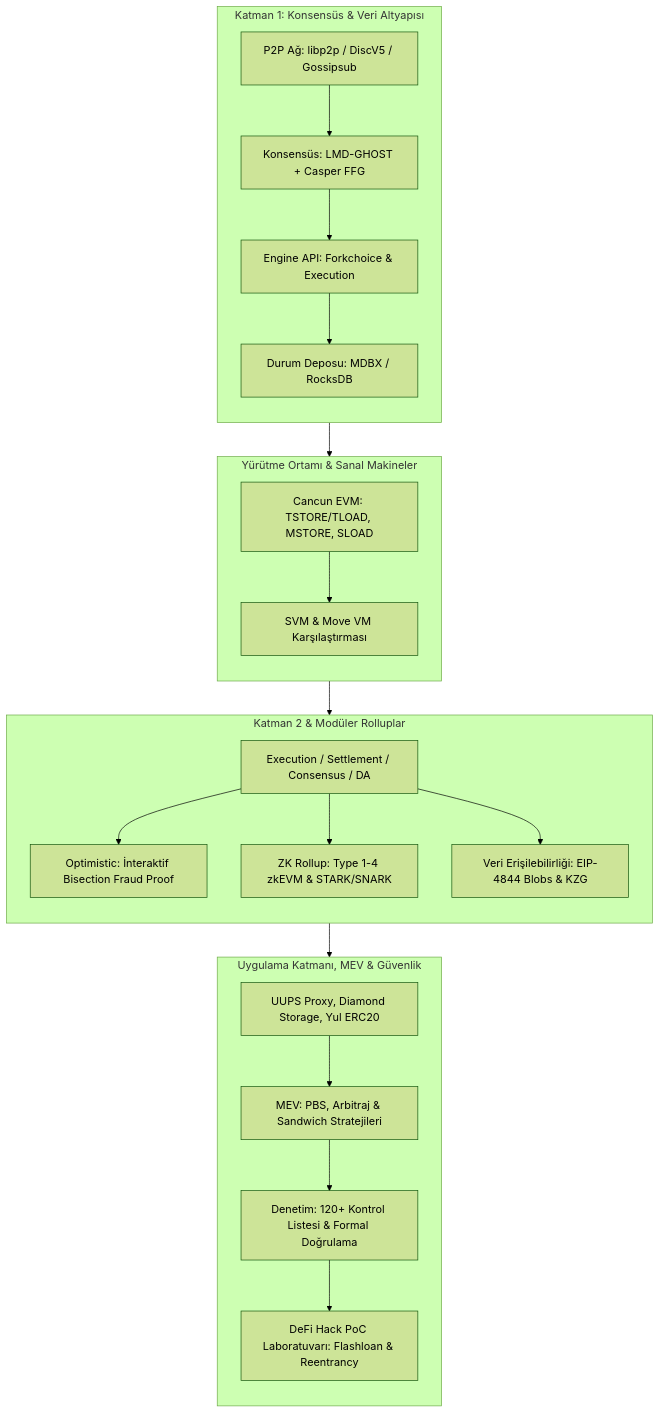
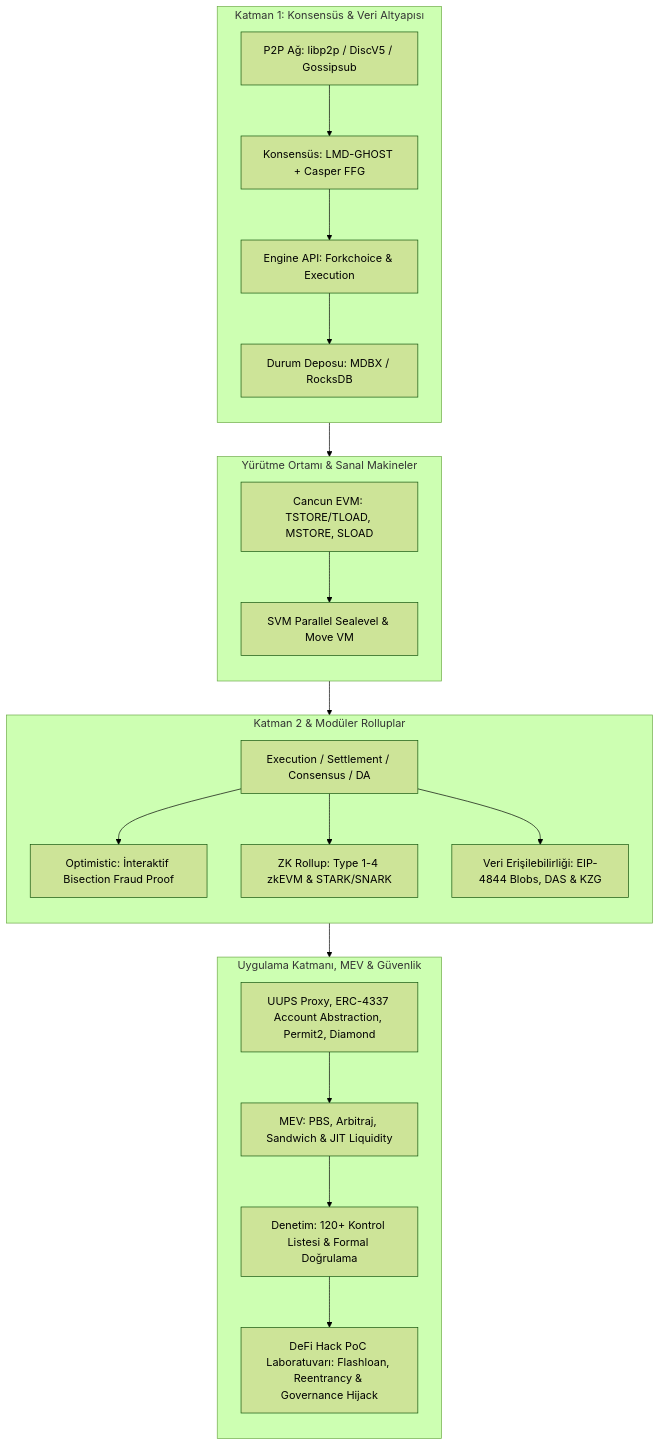
Before and after one commit to bahattinyunus/Ultimate-Blockchain-Protocol-Engineering-Compendium: the diagram in README.md, drawn with Mermaid (forest theme). The commit also changed other lines of this file and 10 other files, not shown here.

````diff
--- a/README.md
+++ b/README.md
@@ -16,31 +16,31 @@
 ```mermaid
 flowchart TB
     subgraph L1_Consensus [Katman 1: Konsensüs & Veri Altyapısı]
         direction TB
         P2P[P2P Ağ: libp2p / DiscV5 / Gossipsub] --> Gasper[Konsensüs: LMD-GHOST + Casper FFG]
         Gasper --> EngineAPI[Engine API: Forkchoice & Execution]
         EngineAPI --> StateStorage[Durum Deposu: MDBX / RocksDB]
     end
 
     subgraph EVM_Execution [Yürütme Ortamı & Sanal Makineler]
         direction TB
         StateStorage --> EVM[Cancun EVM: TSTORE/TLOAD, MSTORE, SLOAD]
-        EVM --> VM_Compare[SVM & Move VM Karşılaştırması]
+        EVM --> VM_Compare[SVM Parallel Sealevel & Move VM]
     end
 
     subgraph L2_Modular [Katman 2 & Modüler Rolluplar]
         direction TB
         EVM --> RollupArch[Execution / Settlement / Consensus / DA]
         RollupArch --> FraudProof[Optimistic: İnteraktif Bisection Fraud Proof]
         RollupArch --> ZKProof[ZK Rollup: Type 1-4 zkEVM & STARK/SNARK]
-        RollupArch --> EIP4844[Veri Erişilebilirliği: EIP-4844 Blobs & KZG]
+        RollupArch --> EIP4844[Veri Erişilebilirliği: EIP-4844 Blobs, DAS & KZG]
     end
 
     subgraph App_Security [Uygulama Katmanı, MEV & Güvenlik]
         direction TB
-        EIP4844 --> SmartContracts[UUPS Proxy, Diamond Storage, Yul ERC20]
-        SmartContracts --> MEV[MEV: PBS, Arbitraj & Sandwich Stratejileri]
+        EIP4844 --> SmartContracts[UUPS Proxy, ERC-4337 Account Abstraction, Permit2, Diamond]
+        SmartContracts --> MEV[MEV: PBS, Arbitraj, Sandwich & JIT Liquidity]
         MEV --> Audit[Denetim: 120+ Kontrol Listesi & Formal Doğrulama]
-        Audit --> PoCLab[DeFi Hack PoC Laboratuvarı: Flashloan & Reentrancy]
+        Audit --> PoCLab[DeFi Hack PoC Laboratuvarı: Flashloan, Reentrancy & Governance Hijack]
     end
 ```
````
